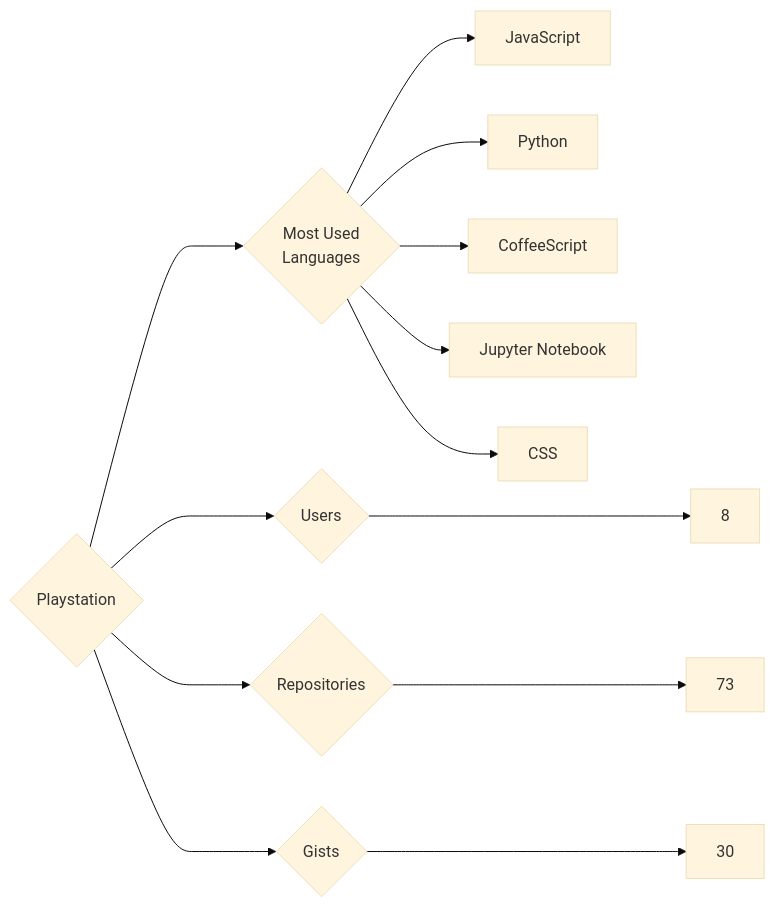
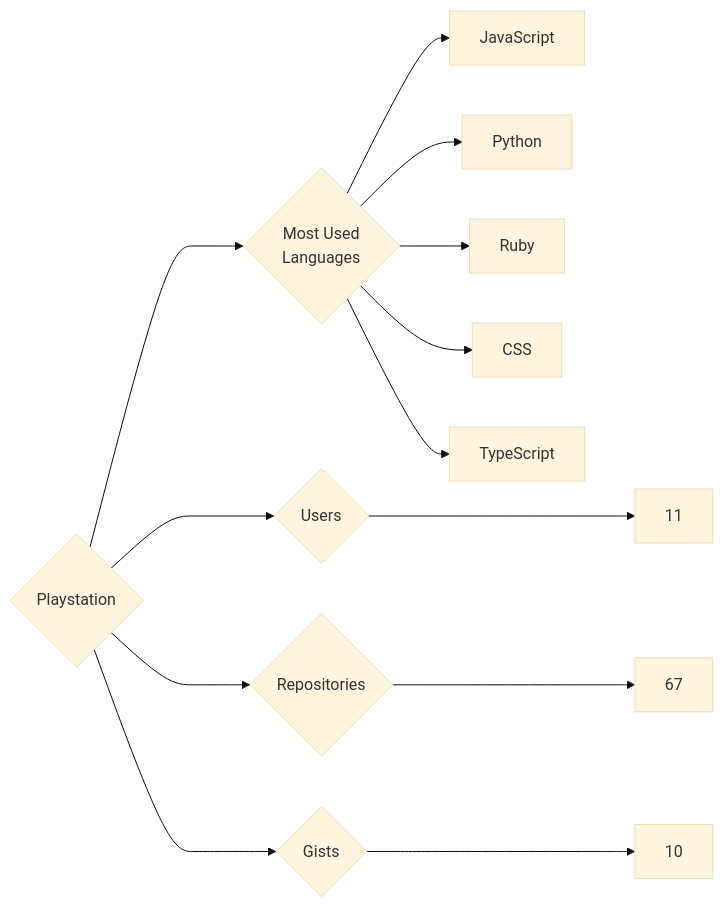
The diagram in targets/Playstation/README.md (trickest/insiders), drawn with Mermaid (base theme) before and after one commit. The commit also changed 806 other files, not shown here.

````diff
--- a/targets/Playstation/README.md
+++ b/targets/Playstation/README.md
@@ -3,13 +3,13 @@
 ```mermaid
 graph LR
 COMPANY_NAME{Playstation}
-COMPANY_NAME ---> U{Users} ---> UN[8]
-COMPANY_NAME ---> R{Repositories} ---> RN[73]
-COMPANY_NAME ---> G{Gists} ---> GN[30]
+COMPANY_NAME ---> U{Users} ---> UN[11]
+COMPANY_NAME ---> R{Repositories} ---> RN[67]
+COMPANY_NAME ---> G{Gists} ---> GN[10]
 COMPANY_NAME ---> ML{Most Used<br>Languages}
 ML --> JavaScript[JavaScript]
 ML --> Python[Python]
-ML --> CoffeeScript[CoffeeScript]
-ML --> Jupyter_Notebook[Jupyter Notebook]
+ML --> Ruby[Ruby]
 ML --> CSS[CSS]
+ML --> TypeScript[TypeScript]
 ```
````
